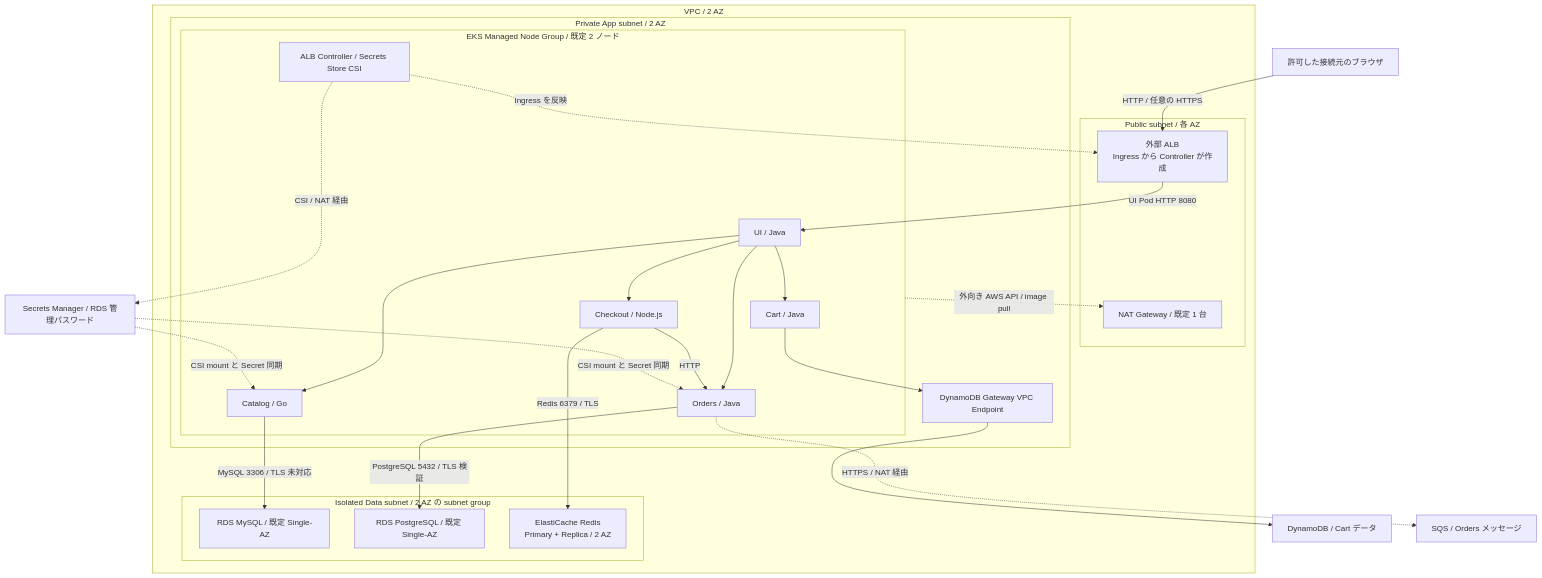
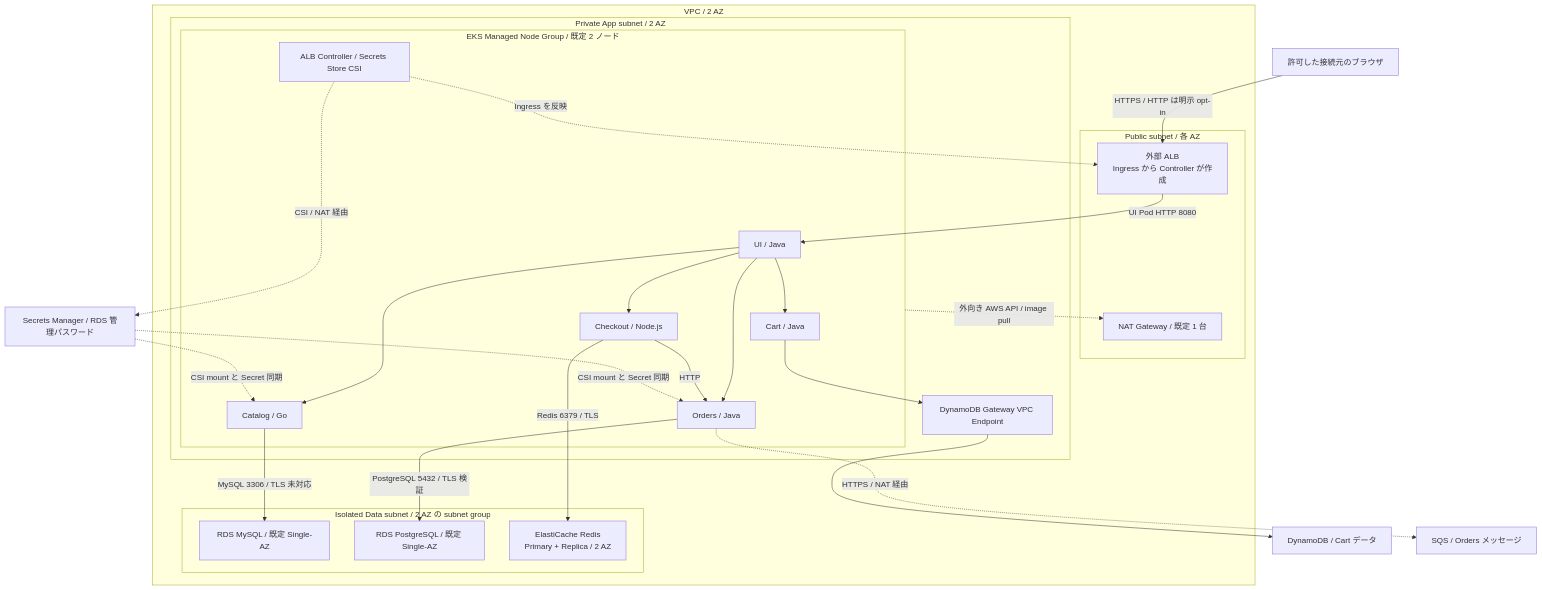
The diagram in theme-b-microservices/README.md (sts1992/tf-sample), drawn with Mermaid before and after one commit. The commit also changed other lines of this file and 27 other files, not shown here.

````diff
--- a/theme-b-microservices/README.md
+++ b/theme-b-microservices/README.md
@@ -7,47 +7,47 @@
 ```mermaid
 flowchart TB
   client["許可した接続元のブラウザ"]
   subgraph vpc["VPC / 2 AZ"]
     subgraph public["Public subnet / 各 AZ"]
       alb["外部 ALB<br/>Ingress から Controller が作成"]
       nat["NAT Gateway / 既定 1 台"]
     end
     subgraph appnet["Private App subnet / 2 AZ"]
       subgraph eks["EKS Managed Node Group / 既定 2 ノード"]
         ui["UI / Java"]
         catalog["Catalog / Go"]
         carts["Cart / Java"]
         checkout["Checkout / Node.js"]
         orders["Orders / Java"]
         controller["ALB Controller / Secrets Store CSI"]
       end
       endpoint["DynamoDB Gateway VPC Endpoint"]
     end
     subgraph datanet["Isolated Data subnet / 2 AZ の subnet group"]
       mysql["RDS MySQL / 既定 Single-AZ"]
       postgres["RDS PostgreSQL / 既定 Single-AZ"]
       redis["ElastiCache Redis<br/>Primary + Replica / 2 AZ"]
     end
   end
   ddb["DynamoDB / Cart データ"]
   sqs["SQS / Orders メッセージ"]
   secrets["Secrets Manager / RDS 管理パスワード"]
-  client -->|"HTTP / 任意の HTTPS"| alb
+  client -->|"HTTPS / HTTP は明示 opt-in"| alb
   alb -->|"UI Pod HTTP 8080"| ui
   ui --> catalog
   ui --> carts
   ui --> checkout
   ui --> orders
   checkout -->|"HTTP"| orders
   catalog -->|"MySQL 3306 / TLS 未対応"| mysql
   carts --> endpoint
   endpoint --> ddb
   checkout -->|"Redis 6379 / TLS"| redis
   orders -->|"PostgreSQL 5432 / TLS 検証"| postgres
   orders -.->|"HTTPS / NAT 経由"| sqs
   controller -.->|"Ingress を反映"| alb
   controller -.->|"CSI / NAT 経由"| secrets
   secrets -.->|"CSI mount と Secret 同期"| catalog
   secrets -.->|"CSI mount と Secret 同期"| orders
   eks -.->|"外向き AWS API / image pull"| nat
 ```
````
